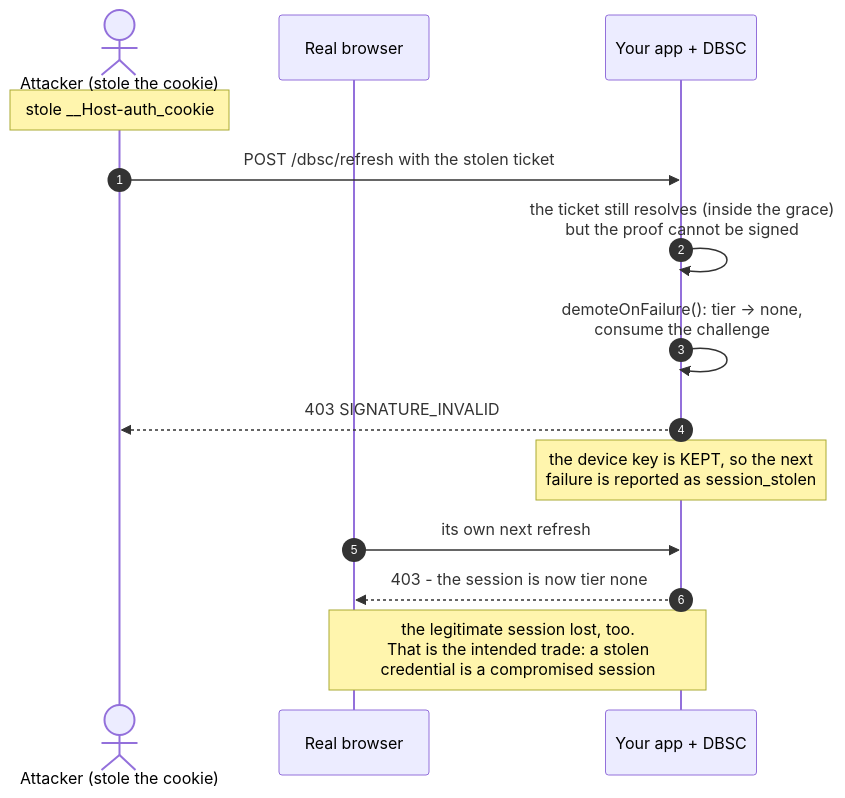
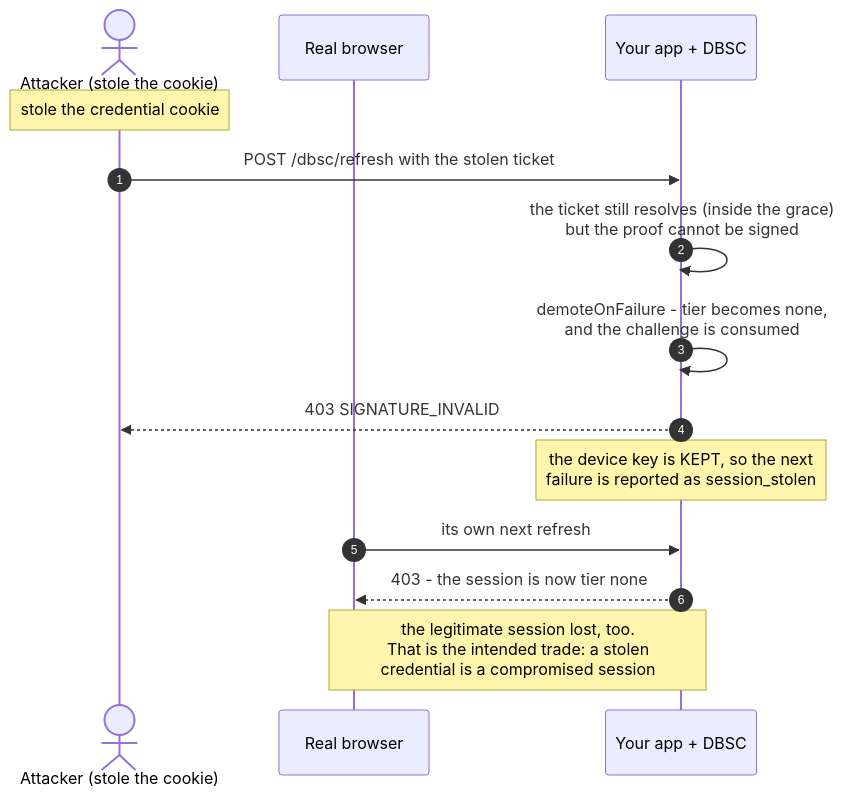
One commit to yuukioosaka/spring-dbsc changed the sixth of 12 diagrams in README.md. Above: the diagram before and after it, drawn with Mermaid. The commit also changed other lines of this file, not shown here.

First line of the commit message:
Fix a mermaid render failure: HTML entities and __Host- in sequence messages

````diff
--- a/README.md
+++ b/README.md
@@ -612,18 +612,18 @@
 ```mermaid
 sequenceDiagram
     autonumber
     actor A as Attacker (stole the cookie)
     participant B as Real browser
     participant S as Your app + DBSC
 
-    Note over A: stole __Host-auth_cookie
+    Note over A: stole the credential cookie
     A->>S: POST /dbsc/refresh with the stolen ticket
     S->>S: the ticket still resolves (inside the grace)<br/>but the proof cannot be signed
-    S->>S: demoteOnFailure(): tier -> none,<br/>consume the challenge
+    S->>S: demoteOnFailure - tier becomes none,<br/>and the challenge is consumed
     S-->>A: 403 SIGNATURE_INVALID
     Note over S: the device key is KEPT, so the next<br/>failure is reported as session_stolen
 
     B->>S: its own next refresh
     S-->>B: 403 - the session is now tier none
     Note over B,S: the legitimate session lost, too.<br/>That is the intended trade: a stolen<br/>credential is a compromised session
 ```
````
